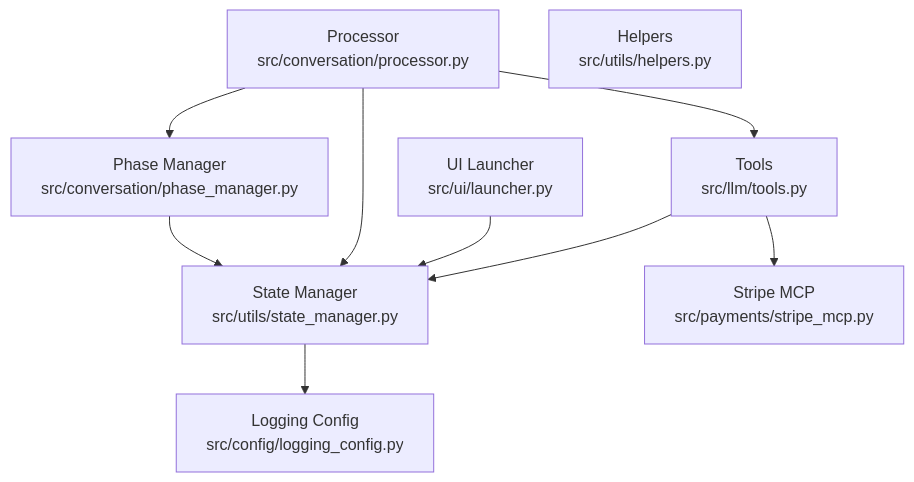
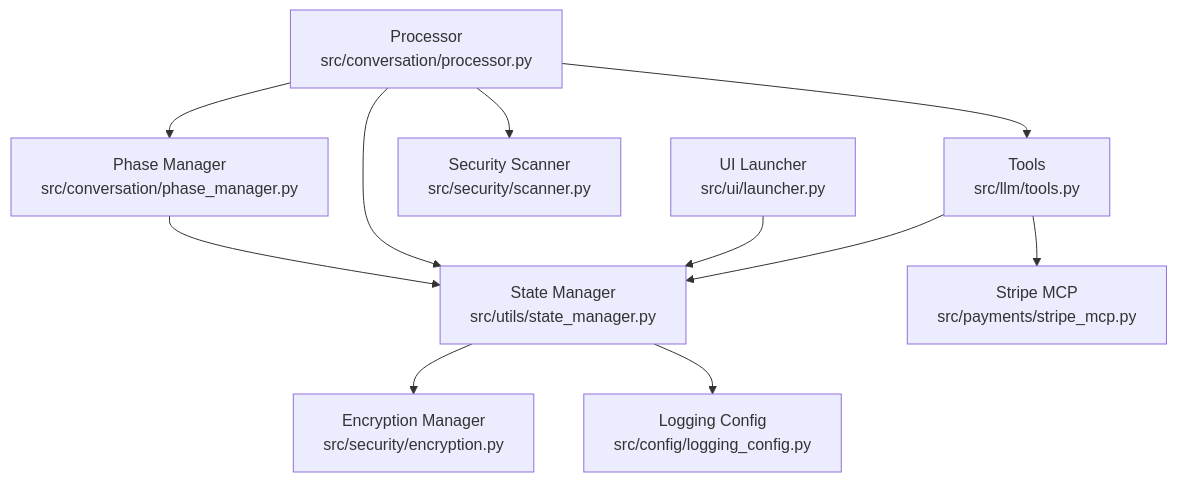
The first of 3 diagrams in .qoder/repowiki/en/content/API Reference/State Management API/State Management API.md (MOK-5-ha/MayaMCP), drawn with Mermaid before and after one commit. The commit also changed other lines of this file and 27 other files, not shown here.

````diff
--- a/.qoder/repowiki/en/content/API Reference/State Management API/State Management API.md
+++ b/.qoder/repowiki/en/content/API Reference/State Management API/State Management API.md
@@ -47,19 +63,22 @@
 ```mermaid
 graph TB
 SM["State Manager<br/>src/utils/state_manager.py"]
+EM["Encryption Manager<br/>src/security/encryption.py"]
+SC["Security Scanner<br/>src/security/scanner.py"]
 PM["Phase Manager<br/>src/conversation/phase_manager.py"]
 PR["Processor<br/>src/conversation/processor.py"]
-HL["Helpers<br/>src/utils/helpers.py"]
+LG["Logging Config<br/>src/config/logging_config.py"]
 TL["Tools<br/>src/llm/tools.py"]
 ST["Stripe MCP<br/>src/payments/stripe_mcp.py"]
-LG["Logging Config<br/>src/config/logging_config.py"]
 UI["UI Launcher<br/>src/ui/launcher.py"]
 PR --> PM
 PR --> SM
+PR --> SC
 PR --> TL
 TL --> SM
 TL --> ST
 PM --> SM
+SM --> EM
+SM --> LG
 UI --> SM
-SM --> LG
 ```
````
